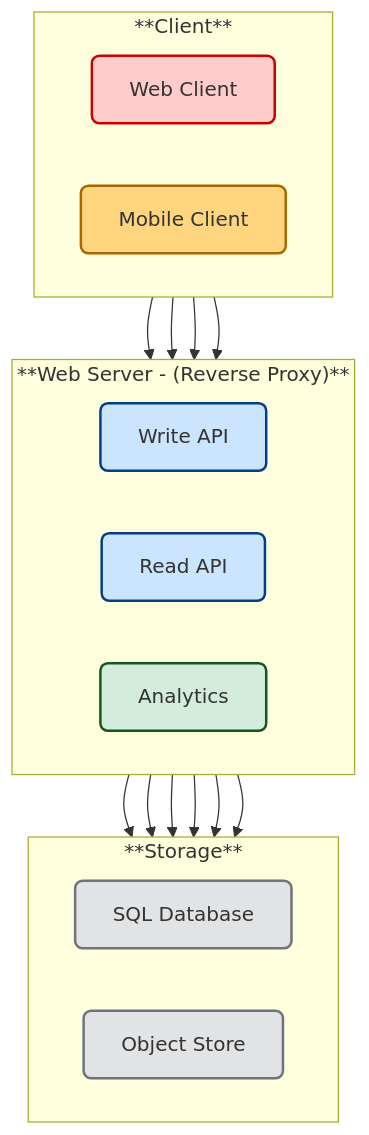
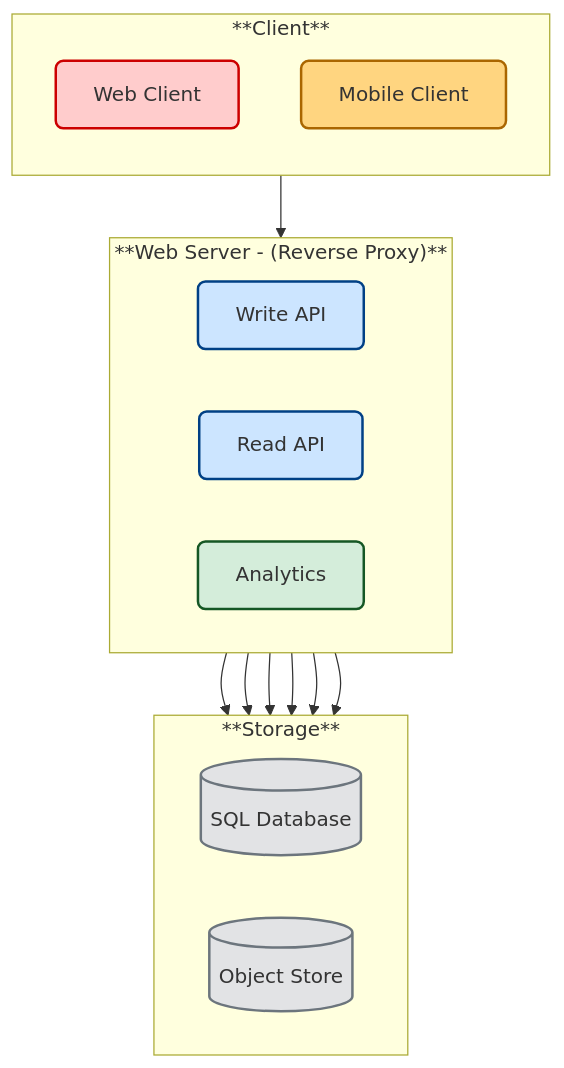
One commit to donnemartin/system-design-primer changed the diagram in solutions/system_design/pastebin/README.md. Above: the diagram before and after it, drawn with Mermaid. The commit also changed other lines of this file and 1 other file, not shown here.

````diff
--- a/solutions/system_design/pastebin/README.md
+++ b/solutions/system_design/pastebin/README.md
@@ -157,49 +160,47 @@
 ```mermaid
 %%{init: { "flowchart": { "htmlLabels": true } }}%%
 
 flowchart TB
   %% Client Layer
   subgraph Client["**Client**"]
-    direction LR
+    direction TB
     WebClient[Web Client]
     MobileClient[Mobile Client]
   end
 
   %% Web Server Layer
   subgraph WebServer["**Web Server - (Reverse Proxy)**"]
     direction LR
     WriteAPI[Write API]
     ReadAPI[Read API]
     Analytics[Analytics]
   end
 
   %% Storage Layer
   subgraph Storage["**Storage**"]
     direction LR
-    SQLDB[SQL Database]
-    ObjectStore[Object Store]
+    SQLDB[(SQL Database)]
+    ObjectStore[(Object Store)]
   end
 
   %% Data Flow
-  WebClient --> WriteAPI
-  MobileClient --> WriteAPI
-  WebClient --> ReadAPI
-  MobileClient --> ReadAPI
+  Client --> WebServer
+
 
   WriteAPI --> SQLDB
   WriteAPI --> ObjectStore
   ReadAPI --> SQLDB
   ReadAPI --> ObjectStore
   Analytics --> SQLDB
   Analytics --> ObjectStore
 
   %% Styling Nodes
   style WebClient fill:#FFCCCC,stroke:#CC0000,stroke-width:2px,rx:6,ry:6
   style MobileClient fill:#FFD580,stroke:#AA6600,stroke-width:2px,rx:6,ry:6
   style WriteAPI fill:#CCE5FF,stroke:#004085,stroke-width:2px,rx:6,ry:6
   style ReadAPI fill:#CCE5FF,stroke:#004085,stroke-width:2px,rx:6,ry:6
   style Analytics fill:#D4EDDA,stroke:#155724,stroke-width:2px,rx:6,ry:6
   style SQLDB fill:#E2E3E5,stroke:#6C757D,stroke-width:2px,rx:6,ry:6
   style ObjectStore fill:#E2E3E5,stroke:#6C757D,stroke-width:2px,rx:6,ry:6
 
 ```
````
